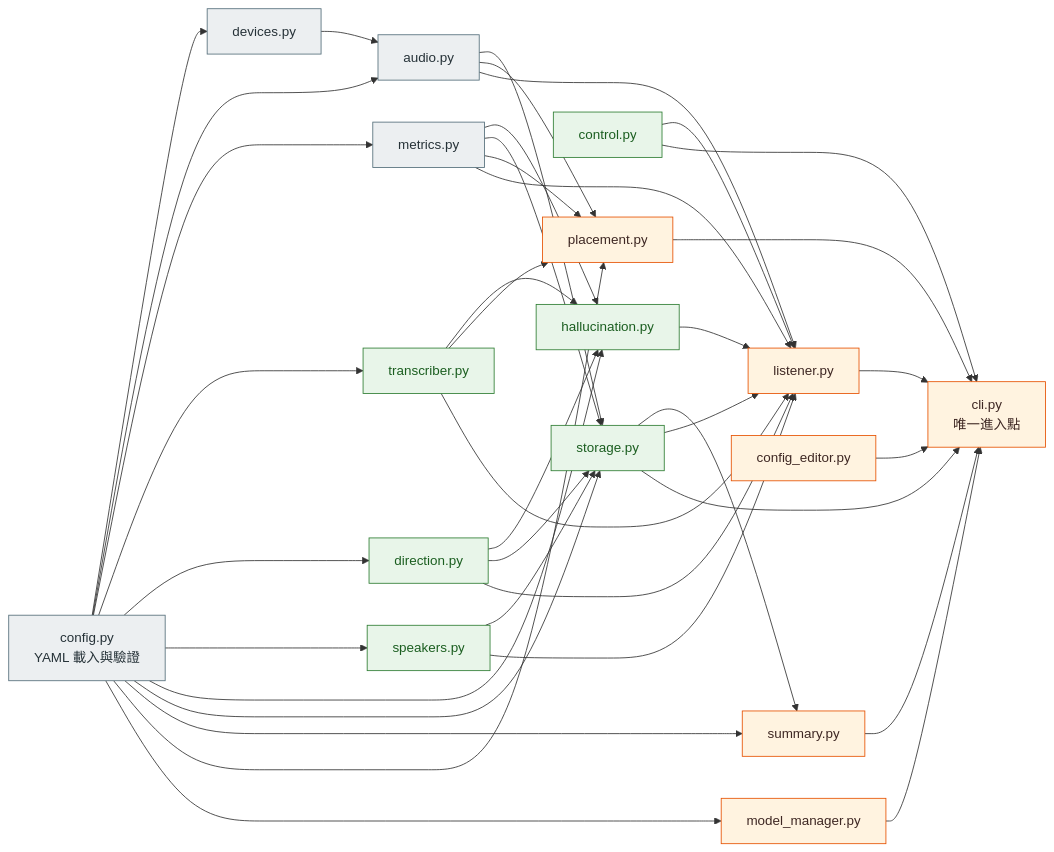
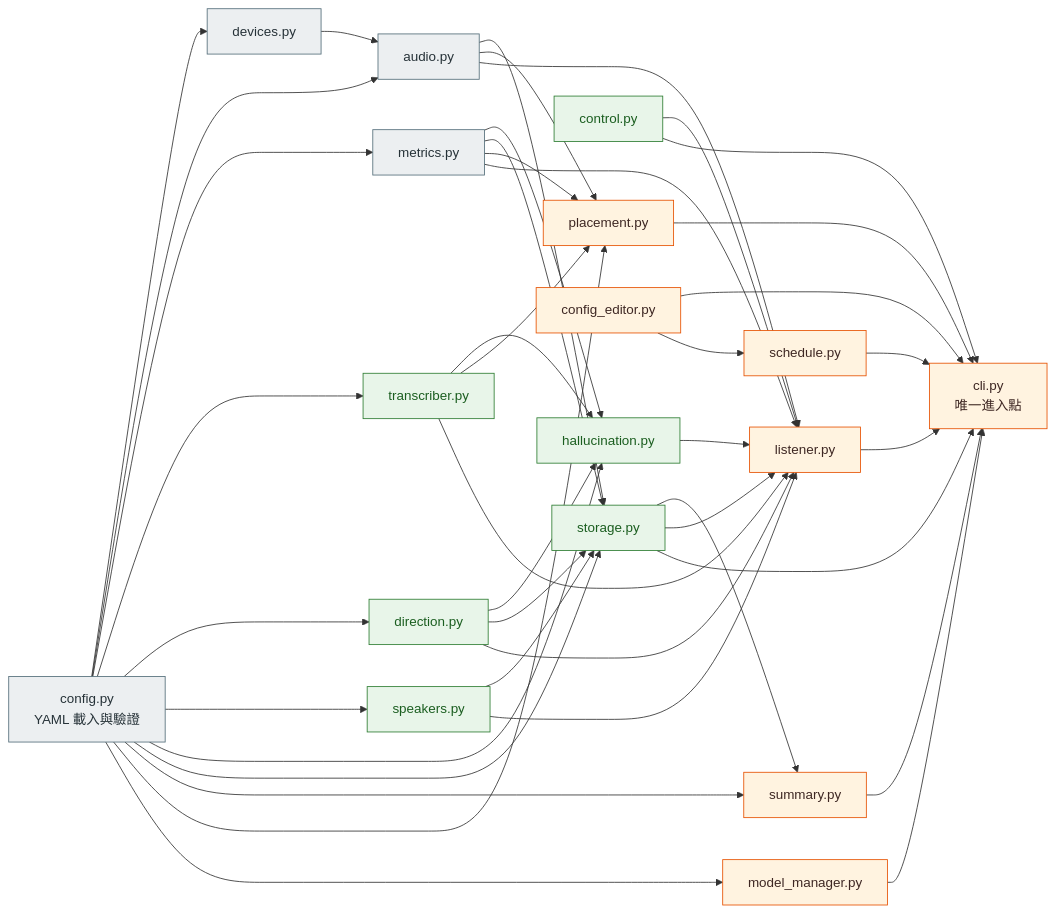
One commit to pcpcchen-coder/FamilyRecorder changed the second of 11 diagrams in docs/architecture.md. Above: the diagram before and after it, drawn with Mermaid. The commit also changed other lines of this file and 24 other files, not shown here.

````diff
--- a/docs/architecture.md
+++ b/docs/architecture.md
@@ -125,42 +125,44 @@
 ```mermaid
 flowchart LR
     CFG["config.py<br/>YAML 載入與驗證"]
     DEV["devices.py"]
     AUD["audio.py"]
     MET["metrics.py"]
     TRN["transcriber.py"]
     DIR["direction.py"]
     SPK["speakers.py"]
     HAL["hallucination.py"]
     CTL["control.py"]
     STO["storage.py"]
     LIS["listener.py"]
     SUM["summary.py"]
     PLC["placement.py"]
     MDL["model_manager.py"]
     CED["config_editor.py"]
+    SCH["schedule.py"]
     CLI["cli.py<br/>唯一進入點"]
 
     CFG --> DEV & AUD & MET & TRN & DIR & SPK & HAL & STO & SUM & PLC & MDL
     DEV --> AUD
     AUD --> STO & PLC & LIS
     MET --> HAL & STO & PLC & LIS
     TRN --> HAL & PLC & LIS
     DIR --> HAL & STO & LIS
     SPK --> STO & LIS
     HAL --> LIS
     CTL --> LIS & CLI
     STO --> SUM & LIS & CLI
     LIS --> CLI
     SUM --> CLI
     PLC --> CLI
     MDL --> CLI
     CED --> CLI
+    CED --> SCH --> CLI
 
     classDef base fill:#eceff1,stroke:#546e7a,color:#263238
     classDef mid fill:#e8f5e9,stroke:#2e7d32,color:#1b5e20
     classDef top fill:#fff3e0,stroke:#e65100,color:#3e2723
     class CFG,DEV,AUD,MET base
     class TRN,DIR,SPK,HAL,CTL,STO mid
-    class LIS,SUM,PLC,MDL,CED,CLI top
+    class LIS,SUM,PLC,MDL,CED,SCH,CLI top
 ```
````
